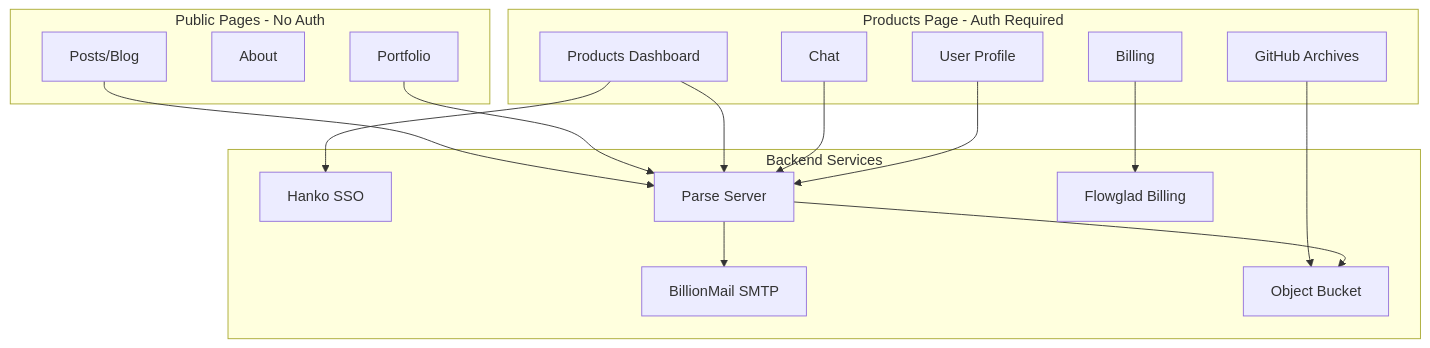
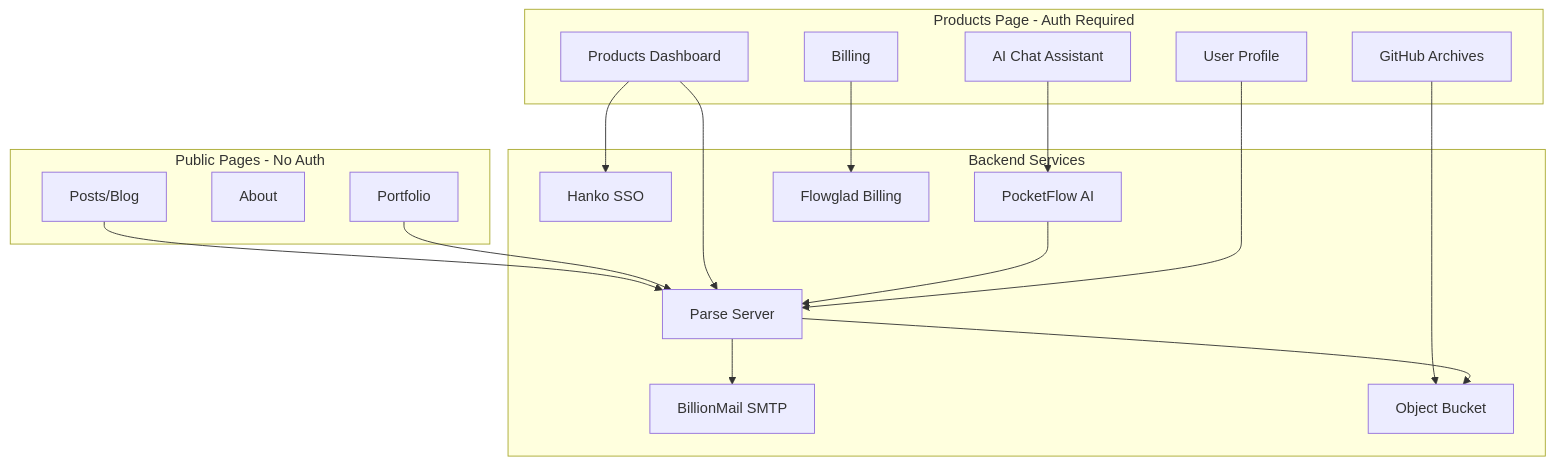
Before and after one commit to dirm02/bloggista: the first of 11 diagrams in expansion.md, drawn with Mermaid. The commit also changed other lines of this file, not shown here.

````diff
--- a/expansion.md
+++ b/expansion.md
@@ -14,35 +14,37 @@
 ```mermaid
 flowchart TB
     subgraph Public [Public Pages - No Auth]
         Posts[Posts/Blog]
         About[About]
         Portfolio[Portfolio]
     end
 
     subgraph Private [Products Page - Auth Required]
         Products[Products Dashboard]
-        Chat[Chat]
+        AIChat[AI Chat Assistant]
         Billing[Billing]
         UserProfile[User Profile]
         RepoArchive[GitHub Archives]
     end
 
     subgraph Backend [Backend Services]
         Hanko[Hanko SSO]
         Parse[Parse Server]
+        PocketFlow[PocketFlow AI]
         BillionMail[BillionMail SMTP]
         Flowglad[Flowglad Billing]
         Bucket[Object Bucket]
     end
 
     Posts --> Parse
     Portfolio --> Parse
     Products --> Hanko
     Products --> Parse
-    Chat --> Parse
+    AIChat --> PocketFlow
+    PocketFlow --> Parse
     Billing --> Flowglad
     UserProfile --> Parse
     RepoArchive --> Bucket
     Parse --> BillionMail
     Parse --> Bucket
 ```
````
